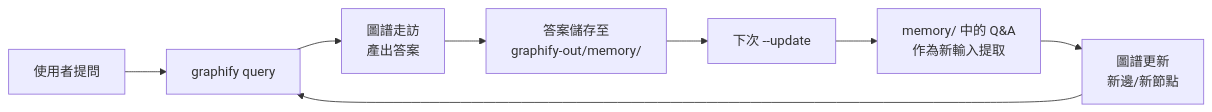
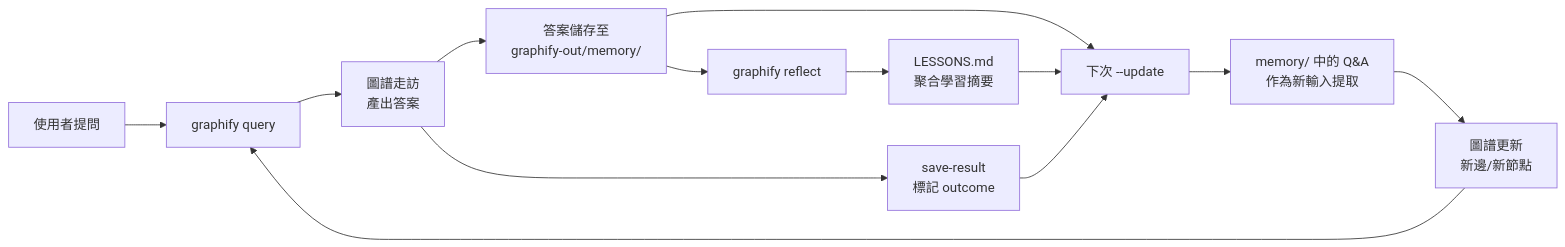
One commit to chihhung/Blog changed diagram 11 of 14 in content/posts/教學/AI開發/Graphify教學手冊.md. Above: the diagram before and after it, drawn with Mermaid. The commit also changed other lines of this file and 22 other files, not shown here.

````diff
--- a/content/posts/教學/AI開發/Graphify教學手冊.md
+++ b/content/posts/教學/AI開發/Graphify教學手冊.md
@@ -1524,10 +1610,15 @@
 ```mermaid
 flowchart LR
     A[使用者提問] --> B[graphify query]
     B --> C[圖譜走訪<br>產出答案]
     C --> D[答案儲存至<br>graphify-out/memory/]
-    D --> E[下次 --update]
-    E --> F[memory/ 中的 Q&A<br>作為新輸入提取]
-    F --> G[圖譜更新<br>新邊/新節點]
-    G --> B
+    C --> E[save-result<br>標記 outcome]
+    D --> F[下次 --update]
+    E --> F
+    F --> G[memory/ 中的 Q&A<br>作為新輸入提取]
+    G --> H[圖譜更新<br>新邊/新節點]
+    H --> B
+    D --> I[graphify reflect]
+    I --> J[LESSONS.md<br>聚合學習摘要]
+    J --> F
 ```
````
